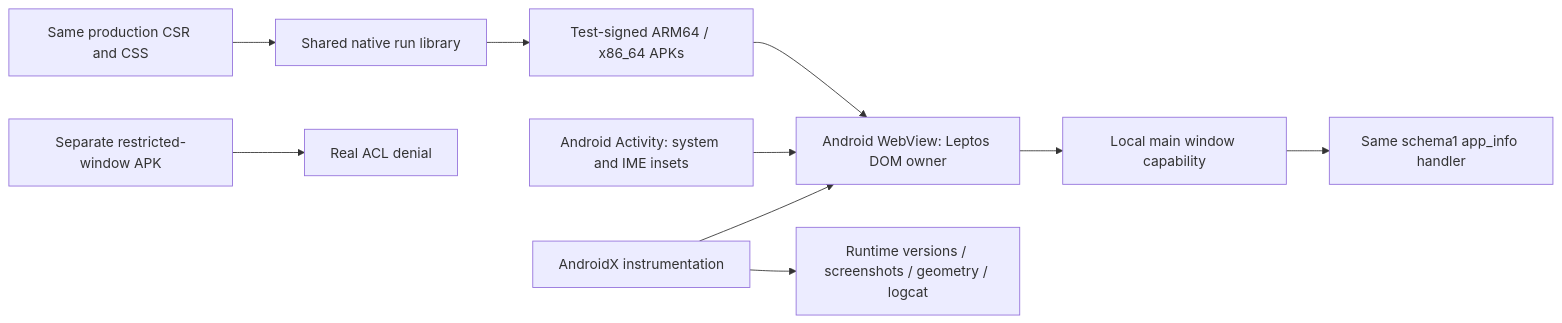
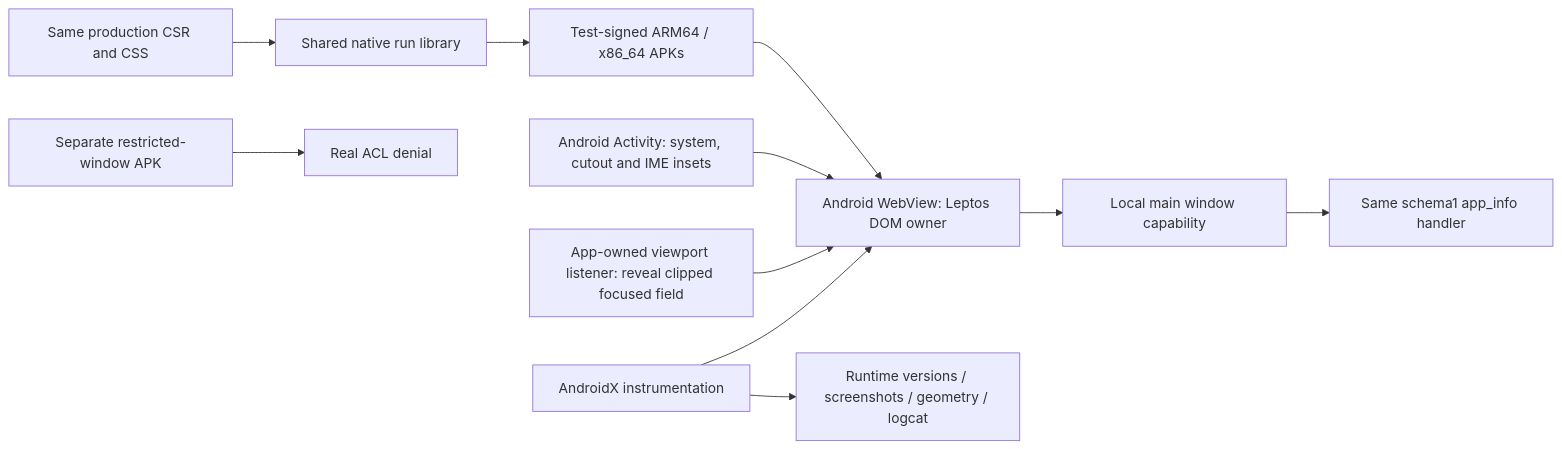
One commit to kmosoti/rust-ui-template changed the eighth of 8 diagrams in docs/architecture.md. Above: the diagram before and after it, drawn with Mermaid. The commit also changed other lines of this file and 9 other files, not shown here.

First line of the commit message:
fix(ui): keep focused fields visible when the viewport shrinks

````diff
--- a/docs/architecture.md
+++ b/docs/architecture.md
@@ -233,12 +233,13 @@
 ```mermaid
 flowchart LR
   Assets[Same production CSR and CSS] --> Library[Shared native run library]
   Library --> APK[Test-signed ARM64 / x86_64 APKs]
   APK --> WebView[Android WebView: Leptos DOM owner]
   WebView --> ACL[Local main window capability]
   ACL --> Info[Same schema1 app_info handler]
-  Host[Android Activity: system and IME insets] --> WebView
+  Host[Android Activity: system, cutout and IME insets] --> WebView
+  Focus[App-owned viewport listener: reveal clipped focused field] --> WebView
   Test[AndroidX instrumentation] --> WebView
   Restricted[Separate restricted-window APK] --> Denied[Real ACL denial]
   Test --> Evidence[Runtime versions / screenshots / geometry / logcat]
 ```
````
